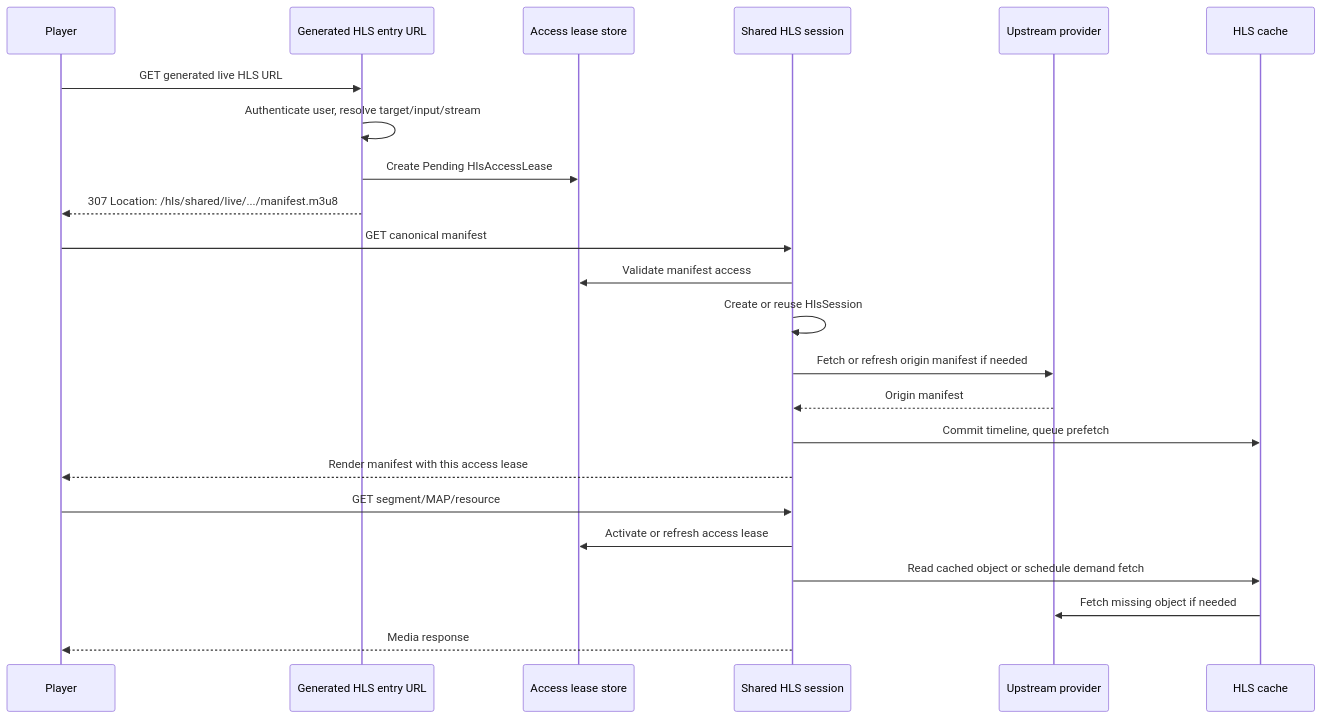
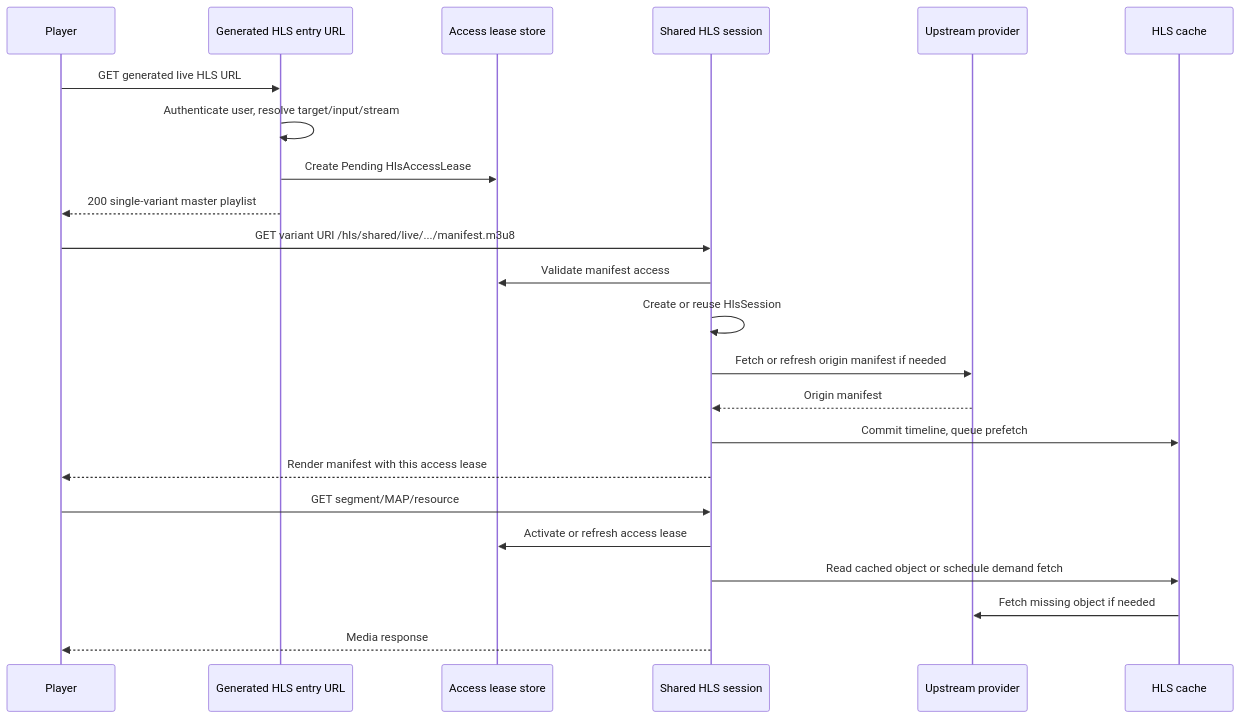
One commit to euzu/tuliprox changed the first of 3 diagrams in docs/src/configuration/shared-hls-runtime-flow.md. Above: the diagram before and after it, drawn with Mermaid. The commit also changed other lines of this file and 93 other files, not shown here.

Commit message:
feat: add shared HLS master playlists and recovery

````diff
--- a/docs/src/configuration/shared-hls-runtime-flow.md
+++ b/docs/src/configuration/shared-hls-runtime-flow.md
@@ -25,28 +25,28 @@
 ```mermaid
 sequenceDiagram
     participant Player
     participant Entry as Generated HLS entry URL
     participant Lease as Access lease store
     participant Session as Shared HLS session
     participant Origin as Upstream provider
     participant Cache as HLS cache
 
     Player->>Entry: GET generated live HLS URL
     Entry->>Entry: Authenticate user, resolve target/input/stream
     Entry->>Lease: Create Pending HlsAccessLease
-    Entry-->>Player: 307 Location: /hls/shared/live/.../manifest.m3u8
+    Entry-->>Player: 200 single-variant master playlist
 
-    Player->>Session: GET canonical manifest
+    Player->>Session: GET variant URI /hls/shared/live/.../manifest.m3u8
     Session->>Lease: Validate manifest access
     Session->>Session: Create or reuse HlsSession
     Session->>Origin: Fetch or refresh origin manifest if needed
     Origin-->>Session: Origin manifest
     Session->>Cache: Commit timeline, queue prefetch
     Session-->>Player: Render manifest with this access lease
 
     Player->>Session: GET segment/MAP/resource
     Session->>Lease: Activate or refresh access lease
     Session->>Cache: Read cached object or schedule demand fetch
     Cache->>Origin: Fetch missing object if needed
     Session-->>Player: Media response
 ```
````
